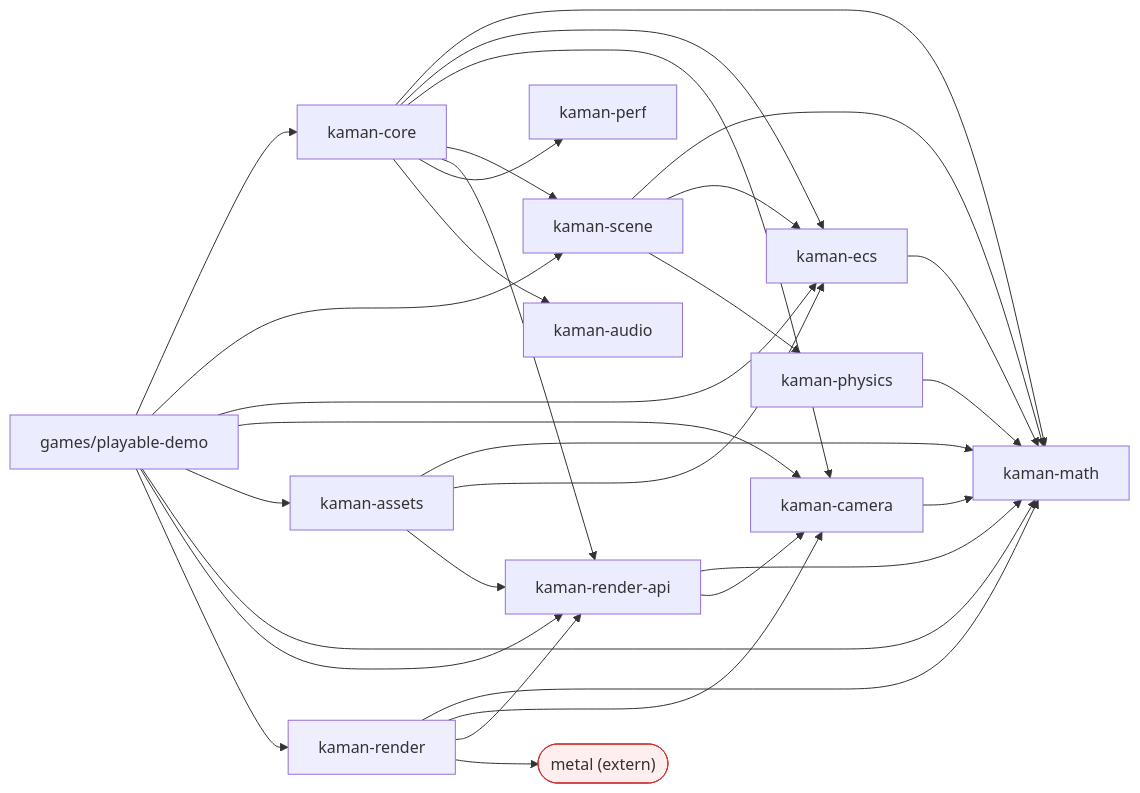
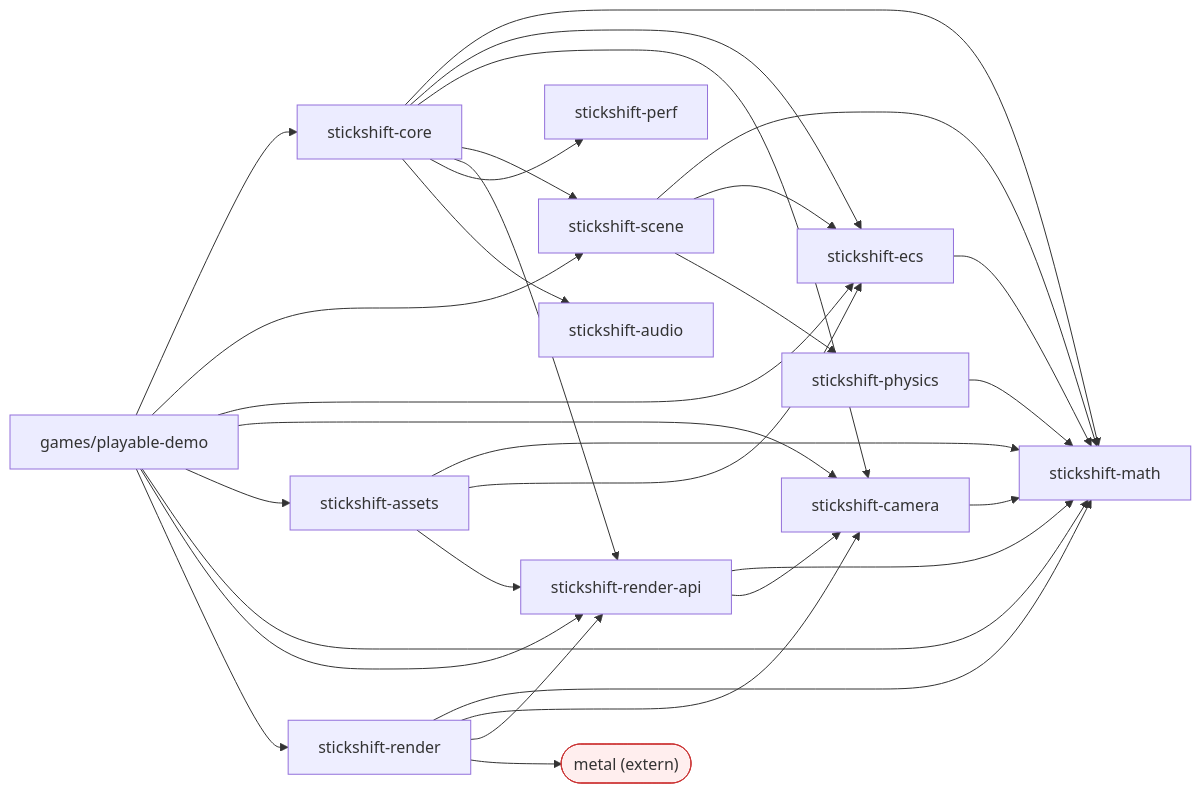
The second of 10 diagrams in docs/DESIGN.md (parsabee/KamanEngine), drawn with Mermaid before and after one commit. The commit also changed other lines of this file and 21 other files, not shown here.

````diff
--- a/docs/DESIGN.md
+++ b/docs/DESIGN.md
@@ -72,31 +72,31 @@
 ```mermaid
 graph LR
-    math["kaman-math"]
-    perf["kaman-perf"]
-    ecs["kaman-ecs"]
-    camera["kaman-camera"]
-    physics["kaman-physics"]
-    renderapi["kaman-render-api"]
-    scene["kaman-scene"]
-    assets["kaman-assets"]
-    audio["kaman-audio"]
-    render["kaman-render"]
-    core["kaman-core"]
+    math["stickshift-math"]
+    perf["stickshift-perf"]
+    ecs["stickshift-ecs"]
+    camera["stickshift-camera"]
+    physics["stickshift-physics"]
+    renderapi["stickshift-render-api"]
+    scene["stickshift-scene"]
+    assets["stickshift-assets"]
+    audio["stickshift-audio"]
+    render["stickshift-render"]
+    core["stickshift-core"]
     game["games/playable-demo"]
     metal(["metal (extern)"])
 
     ecs --> math
     camera --> math
     physics --> math
     renderapi --> math & camera
     scene --> math & ecs & physics
     assets --> math & ecs & renderapi
     render --> math & camera & renderapi & metal
     core --> math & ecs & camera & scene & renderapi & perf & audio
     game --> core & scene & ecs & camera & assets & math & renderapi & render
 
     classDef ext fill:#fee,stroke:#c33;
     class metal ext;
     classDef below fill:#eef;
     class render below;
 ```
````
